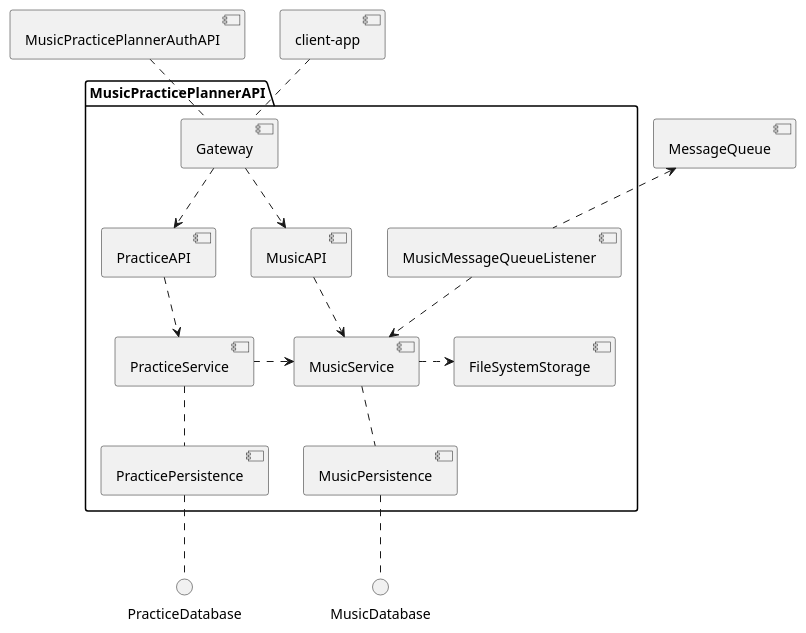
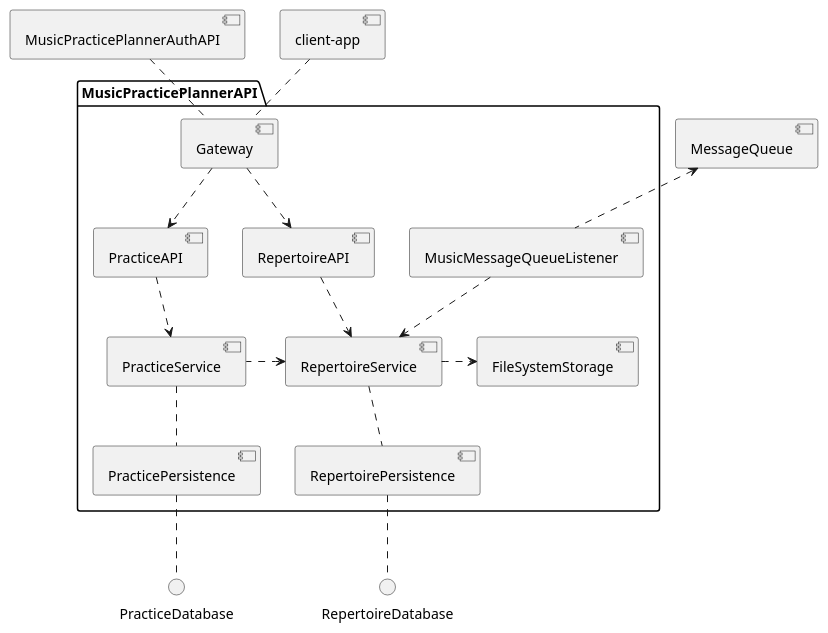
Before and after one commit to lelis718/MusicPracticePlanner: the fourth of 4 diagrams in docs/architecture.md, drawn with PlantUML. The commit also changed other lines of this file, not shown here.

Commit message:
Updated Architecture Document

````diff
--- a/docs/architecture.md
+++ b/docs/architecture.md
@@ -267,40 +397,40 @@
 ```plantuml
 @startuml MusicPracticePlannerAPI
 
         package MusicPracticePlannerAPI {
 
             [FileSystemStorage]
 
             [Gateway]
 
             [PracticeAPI]
             [PracticeService]
             [PracticePersistence]
 
-            [MusicAPI]
+            [RepertoireAPI]
             [MusicMessageQueueListener]
-            [MusicService]
-            [MusicPersistence]
+            [RepertoireService]
+            [RepertoirePersistence]
 
-            Gateway ..> MusicAPI
+            Gateway ..> RepertoireAPI
             Gateway ..> PracticeAPI
 
-            MusicAPI -d.> MusicService
-            MusicService -r.> FileSystemStorage
+            RepertoireAPI -d.> RepertoireService
+            RepertoireService -r.> FileSystemStorage
             PracticeAPI -d.> PracticeService
-            MusicMessageQueueListener -d.> MusicService
-            MusicPersistence -u. MusicService
+            MusicMessageQueueListener -d.> RepertoireService
+            RepertoirePersistence -u. RepertoireService
             PracticePersistence -u. PracticeService
         }
         
         MusicMessageQueueListener -up.> [MessageQueue] 
         Gateway -up. [client-app] 
         Gateway -up. [MusicPracticePlannerAuthAPI] 
-        MusicPersistence -down. MusicDatabase
+        RepertoirePersistence -down. RepertoireDatabase
         PracticePersistence -down. PracticeDatabase
-        PracticeService -l.> MusicService
+        PracticeService -l.> RepertoireService
 
 
 
 @enduml
 ```
````
